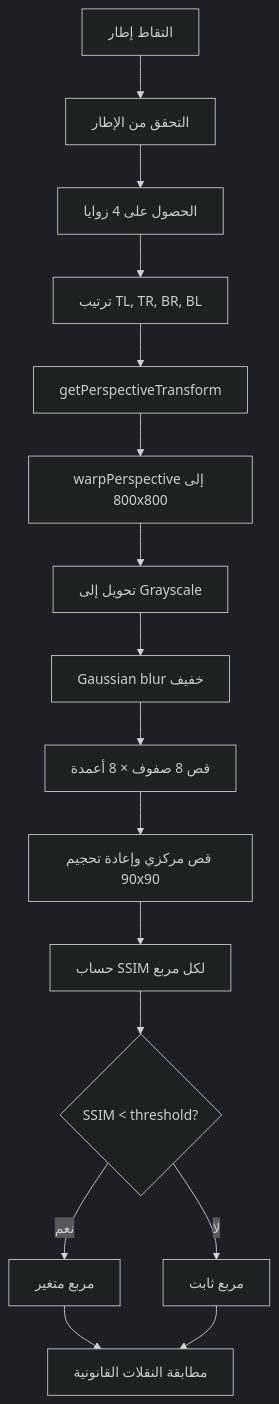
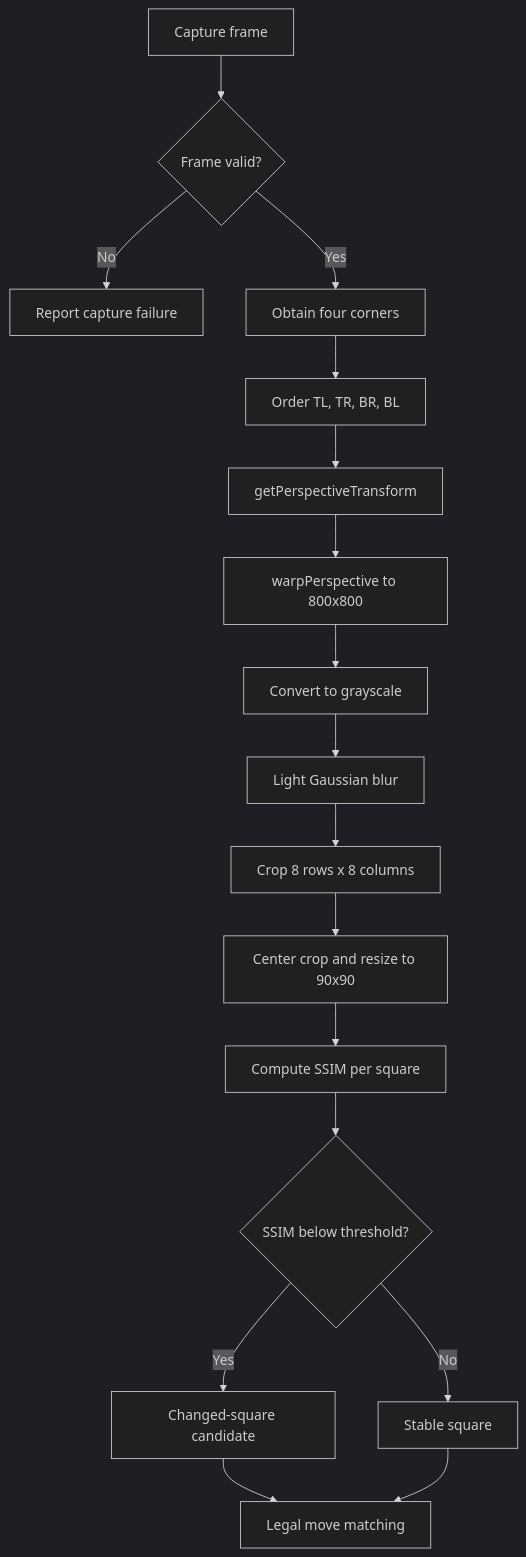
One commit to zaidkm462/RobotChess changed the second of 3 diagrams in README.md. Above: the diagram before and after it, drawn with Mermaid (dark theme). The commit also changed other lines of this file and 2 other files, not shown here.

````diff
--- a/README.md
+++ b/README.md
@@ -52,18 +62,19 @@
 ```mermaid
 flowchart TD
-    A[التقاط إطار] --> B[التحقق من الإطار]
-    B --> C[الحصول على 4 زوايا]
-    C --> D[ترتيب TL, TR, BR, BL]
+    A[Capture frame] --> B{Frame valid?}
+    B -->|No| X[Report capture failure]
+    B -->|Yes| C[Obtain four corners]
+    C --> D[Order TL, TR, BR, BL]
     D --> E[getPerspectiveTransform]
-    E --> F[warpPerspective إلى 800x800]
-    F --> G[تحويل إلى Grayscale]
-    G --> H[Gaussian blur خفيف]
-    H --> I[قص 8 صفوف × 8 أعمدة]
-    I --> J[قص مركزي وإعادة تحجيم 90x90]
-    J --> K[حساب SSIM لكل مربع]
-    K --> L{SSIM < threshold?}
-    L -->|نعم| M[مربع متغير]
-    L -->|لا| N[مربع ثابت]
-    M --> O[مطابقة النقلات القانونية]
+    E --> F[warpPerspective to 800x800]
+    F --> G[Convert to grayscale]
+    G --> H[Light Gaussian blur]
+    H --> I[Crop 8 rows x 8 columns]
+    I --> J[Center crop and resize to 90x90]
+    J --> K[Compute SSIM per square]
+    K --> L{SSIM below threshold?}
+    L -->|Yes| M[Changed-square candidate]
+    L -->|No| N[Stable square]
+    M --> O[Legal move matching]
     N --> O
 ```
````
